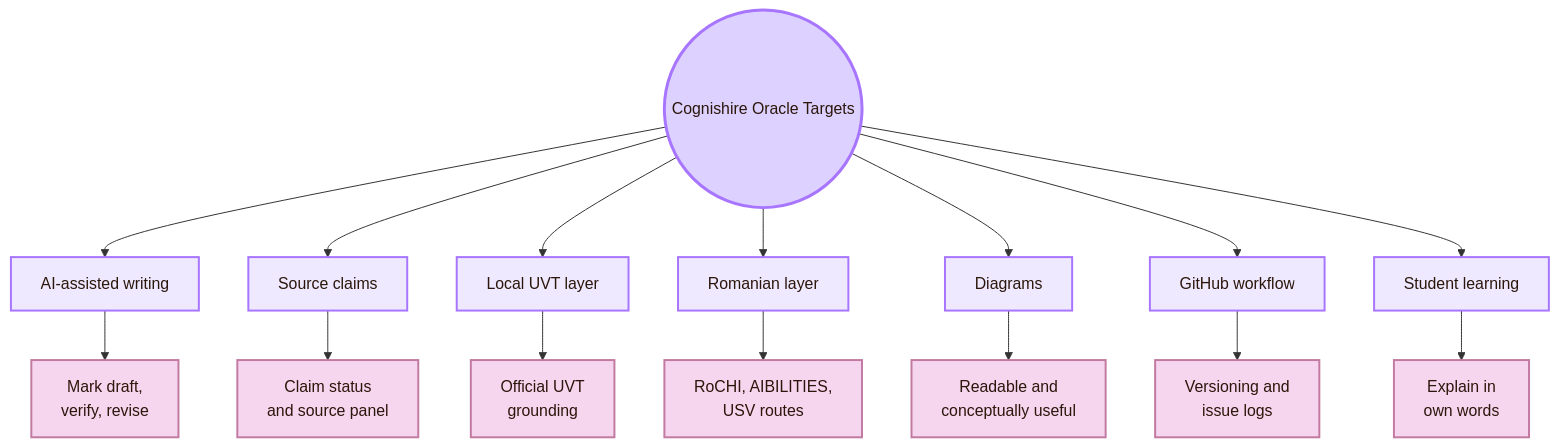
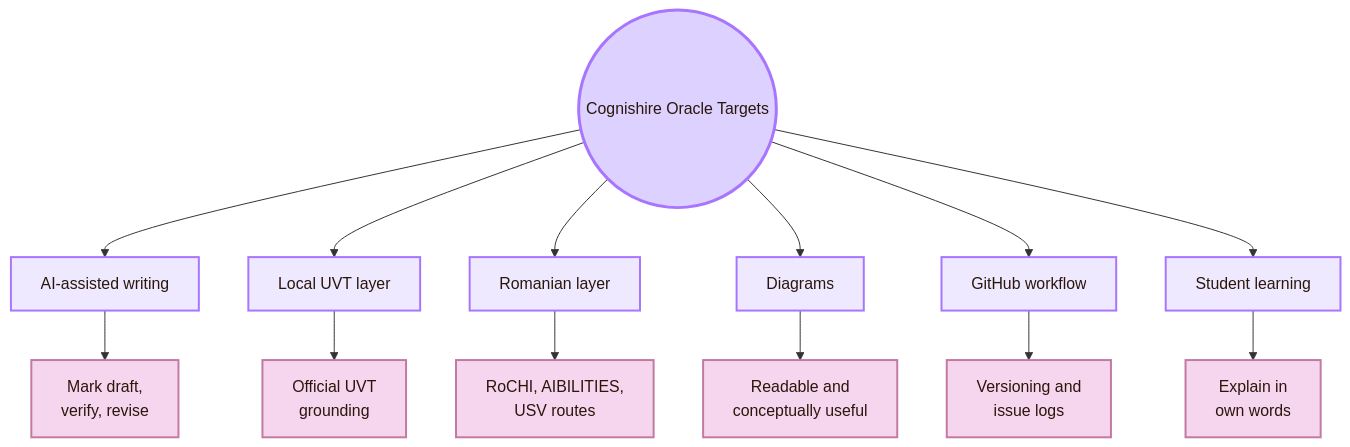
Diagram 13 of 13 in 01_Core_Area_HCI/001_Subareas/05_Human_AI_Interaction/Overview.md (andreitegzes06-ui/CogniShire), drawn with Mermaid before and after one commit. The commit also changed other lines of this file and 131 other files, not shown here.

````diff
--- a/01_Core_Area_HCI/001_Subareas/05_Human_AI_Interaction/Overview.md
+++ b/01_Core_Area_HCI/001_Subareas/05_Human_AI_Interaction/Overview.md
@@ -518,28 +493,26 @@
 ```mermaid
 flowchart TB
     A((Cognishire Oracle Targets))
 
     A --> B[AI-assisted writing]
-    A --> C[Source claims]
     A --> D[Local UVT layer]
     A --> E[Romanian layer]
     A --> F[Diagrams]
     A --> G[GitHub workflow]
     A --> H[Student learning]
 
     B --> B1[Mark draft,<br/>verify, revise]
-    C --> C1[Claim status<br/>and source panel]
     D --> D1[Official UVT<br/>grounding]
     E --> E1[RoCHI, AIBILITIES,<br/>USV routes]
     F --> F1[Readable and<br/>conceptually useful]
     G --> G1[Versioning and<br/>issue logs]
     H --> H1[Explain in<br/>own words]
 
     classDef center fill:#ddd2ff,stroke:#a875ff,color:#2b160b,stroke-width:3px;
     classDef node fill:#eee9ff,stroke:#a875ff,color:#2b160b,stroke-width:2px;
     classDef detail fill:#f6d6ee,stroke:#c27aa2,color:#2b160b,stroke-width:2px;
 
     class A center;
     class B,C,D,E,F,G,H node;
     class B1,C1,D1,E1,F1,G1,H1 detail;
 ```
````
